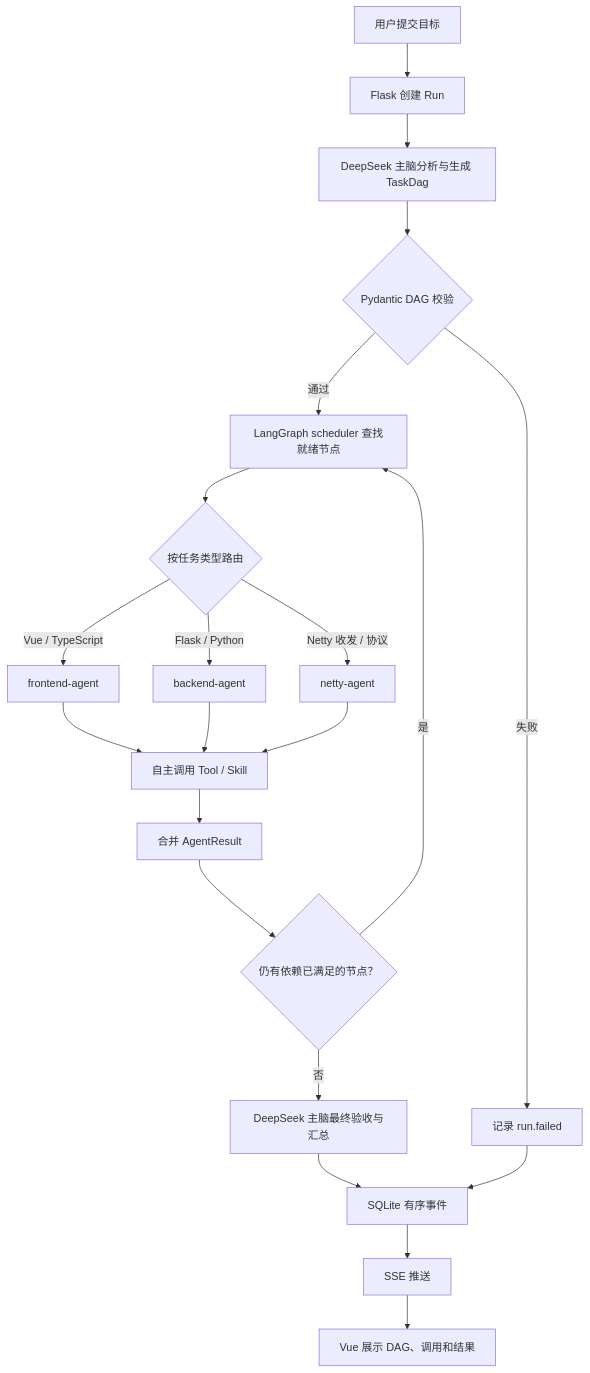
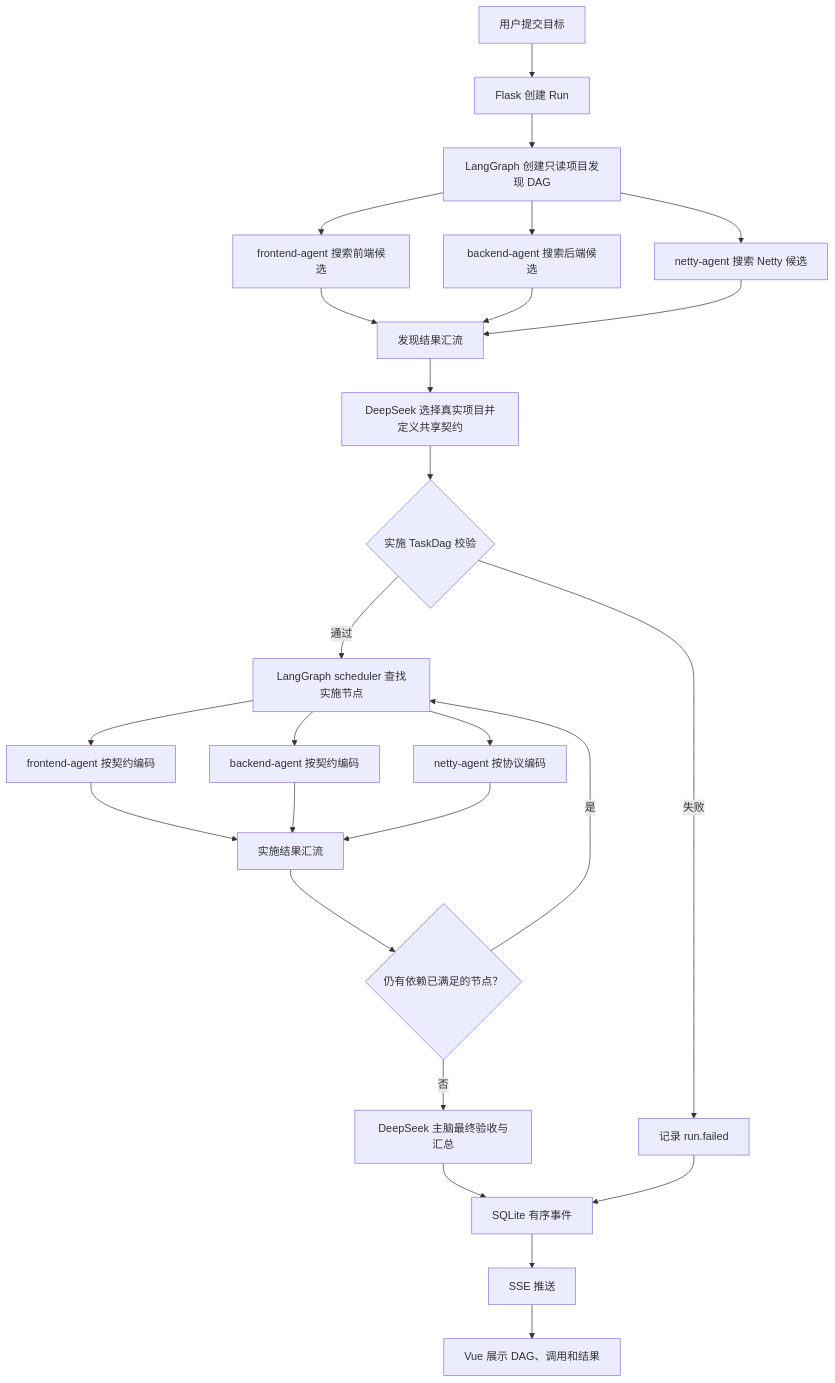
One commit to wttch96/AgentStudio changed the second of 2 diagrams in docs/technical-architecture.md. Above: the diagram before and after it, drawn with Mermaid. The commit also changed other lines of this file and 28 other files, not shown here.

````diff
--- a/docs/technical-architecture.md
+++ b/docs/technical-architecture.md
@@ -298,25 +310,28 @@
 ```mermaid
 flowchart TD
     USER["用户提交目标"] --> CREATE["Flask 创建 Run"]
-    CREATE --> PLAN["DeepSeek 主脑分析与生成 TaskDag"]
-    PLAN --> VALIDATE{"Pydantic DAG 校验"}
+    CREATE --> DISCOVER["LangGraph 创建只读项目发现 DAG"]
+    DISCOVER --> FRONT_FIND["frontend-agent 搜索前端候选"]
+    DISCOVER --> BACK_FIND["backend-agent 搜索后端候选"]
+    DISCOVER --> NETTY_FIND["netty-agent 搜索 Netty 候选"]
+    FRONT_FIND --> FILTER_JOIN["发现结果汇流"]
+    BACK_FIND --> FILTER_JOIN
+    NETTY_FIND --> FILTER_JOIN
+    FILTER_JOIN --> BRAIN["DeepSeek 选择真实项目并定义共享契约"]
+    BRAIN --> VALIDATE{"实施 TaskDag 校验"}
     VALIDATE -->|"失败"| FAIL["记录 run.failed"]
-    VALIDATE -->|"通过"| READY["LangGraph scheduler 查找就绪节点"]
-
-    READY --> ROUTE{"按任务类型路由"}
-    ROUTE -->|"Vue / TypeScript"| FRONT["frontend-agent"]
-    ROUTE -->|"Flask / Python"| BACK["backend-agent"]
-    ROUTE -->|"Netty 收发 / 协议"| NETTY["netty-agent"]
-
-    FRONT --> TOOLS["自主调用 Tool / Skill"]
-    BACK --> TOOLS
-    NETTY --> TOOLS
-    TOOLS --> RESULT["合并 AgentResult"]
+    VALIDATE -->|"通过"| READY["LangGraph scheduler 查找实施节点"]
+    READY --> FRONT["frontend-agent 按契约编码"]
+    READY --> BACK["backend-agent 按契约编码"]
+    READY --> NETTY["netty-agent 按协议编码"]
+    FRONT --> RESULT["实施结果汇流"]
+    BACK --> RESULT
+    NETTY --> RESULT
     RESULT --> MORE{"仍有依赖已满足的节点？"}
     MORE -->|"是"| READY
     MORE -->|"否"| REVIEW["DeepSeek 主脑最终验收与汇总"]
     REVIEW --> EVENTS["SQLite 有序事件"]
     FAIL --> EVENTS
     EVENTS --> SSE["SSE 推送"]
     SSE --> UI["Vue 展示 DAG、调用和结果"]
 ```
````
